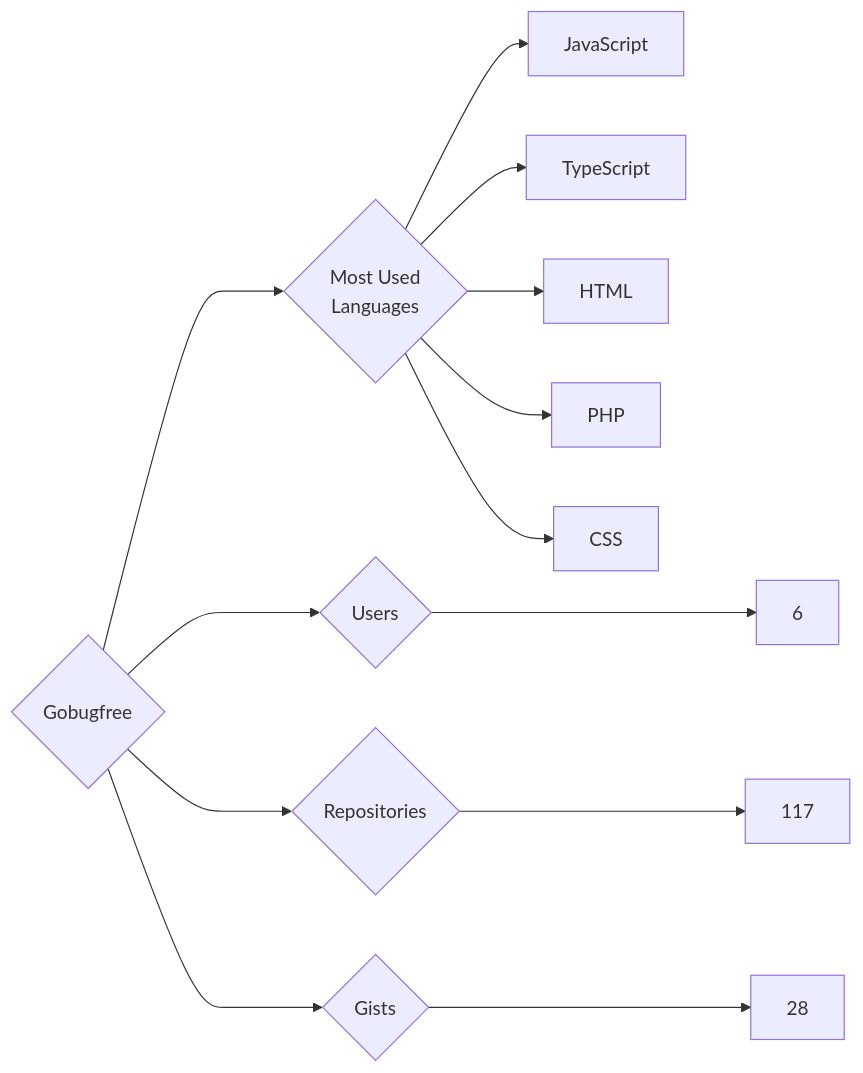
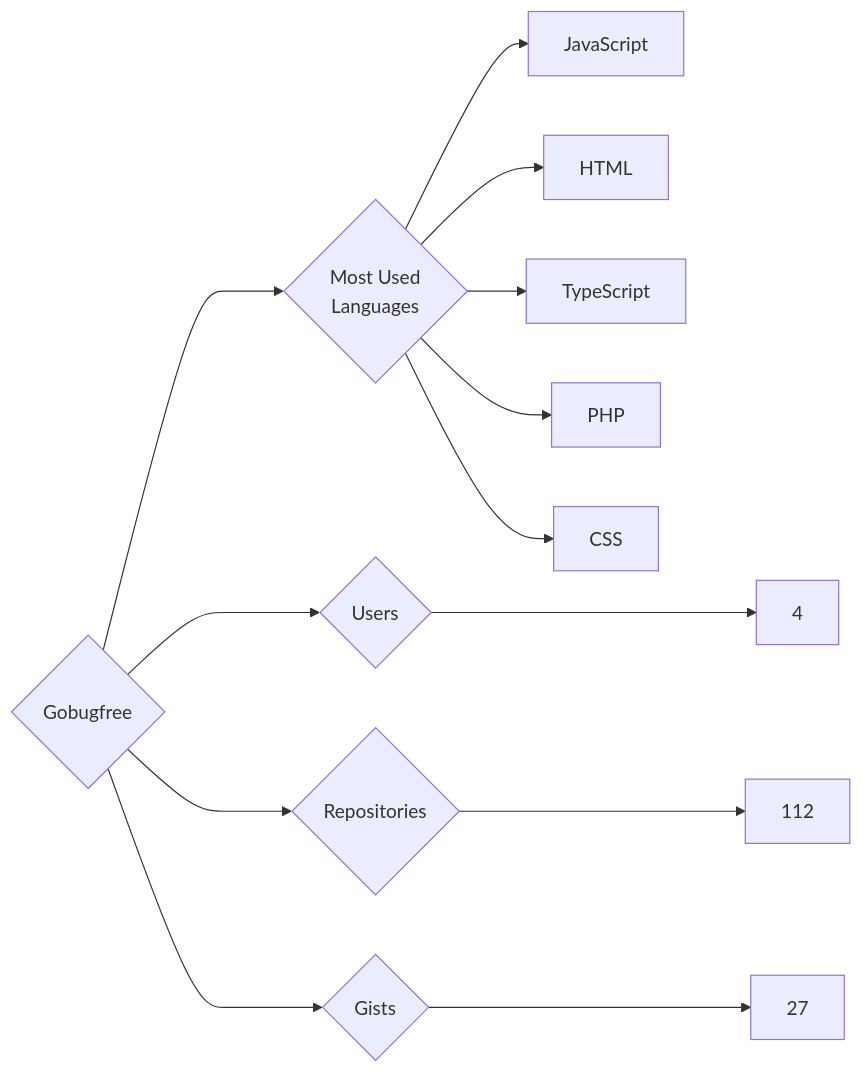
One commit to trickest/insiders changed the diagram in targets/Gobugfree/README.md. Above: the diagram before and after it, drawn with Mermaid. The commit also changed 1089 other files, not shown here.

````diff
--- a/targets/Gobugfree/README.md
+++ b/targets/Gobugfree/README.md
@@ -3,13 +3,13 @@
 ```mermaid
 graph LR
 COMPANY_NAME{Gobugfree}
-COMPANY_NAME ---> U{Users} ---> UN[6]
-COMPANY_NAME ---> R{Repositories} ---> RN[117]
-COMPANY_NAME ---> G{Gists} ---> GN[28]
+COMPANY_NAME ---> U{Users} ---> UN[4]
+COMPANY_NAME ---> R{Repositories} ---> RN[112]
+COMPANY_NAME ---> G{Gists} ---> GN[27]
 COMPANY_NAME ---> ML{Most Used<br>Languages}
 ML --> JavaScript[JavaScript]
+ML --> HTML[HTML]
 ML --> TypeScript[TypeScript]
-ML --> HTML[HTML]
 ML --> PHP[PHP]
 ML --> CSS[CSS]
 ```
````
